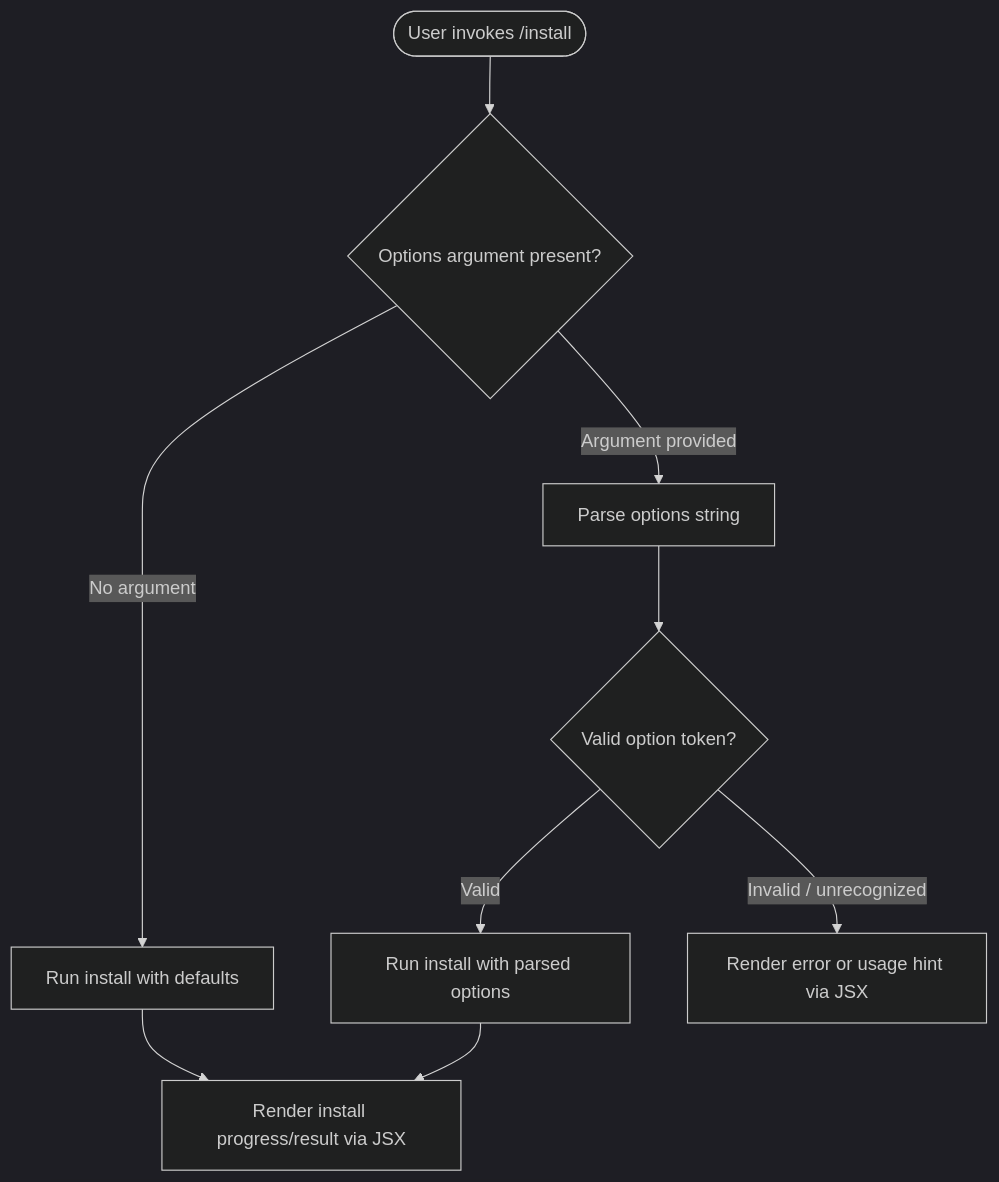
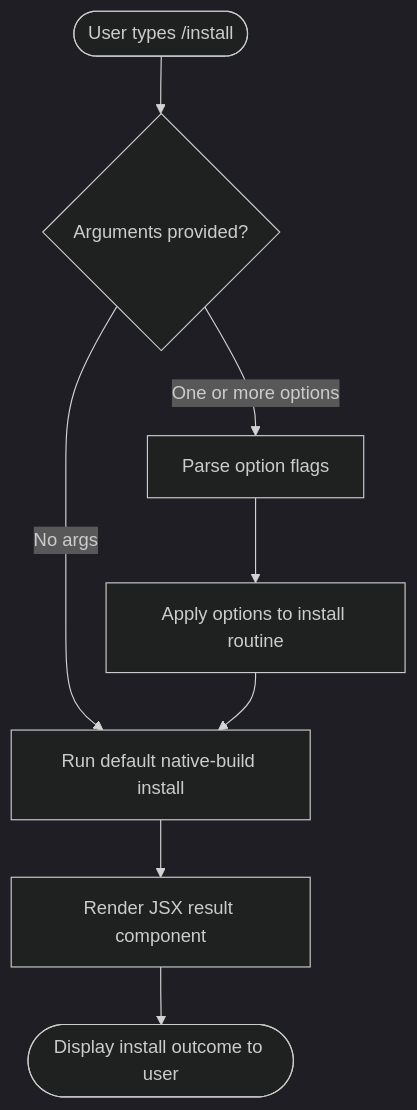
The diagram in versions/v2.1.143/install.md (MyLittleLuckyDog/cc-gnothi), drawn with Mermaid (dark theme) before and after one commit. The commit also changed other lines of this file and 483 other files, not shown here.

````diff
--- a/versions/v2.1.143/install.md
+++ b/versions/v2.1.143/install.md
@@ -49,11 +58,10 @@
 ```mermaid
 flowchart TD
-    A([User invokes /install]) --> B{Options argument present?}
-    B -- "No argument" --> C[Run install with defaults]
-    B -- "Argument provided" --> D[Parse options string]
-    D --> E{Valid option token?}
-    E -- "Valid" --> F[Run install with parsed options]
-    E -- "Invalid / unrecognized" --> G[Render error or usage hint via JSX]
-    C --> H[Render install progress/result via JSX]
-    F --> H
+    A([User types /install]) --> B{Arguments provided?}
+    B -- "No args" --> C[Run default native-build install]
+    B -- "One or more options" --> D[Parse option flags]
+    D --> E[Apply options to install routine]
+    E --> C
+    C --> F[Render JSX result component]
+    F --> G([Display install outcome to user])
 ```
````
